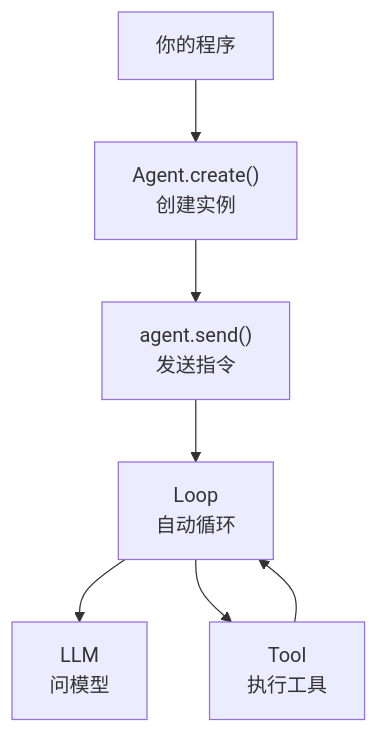
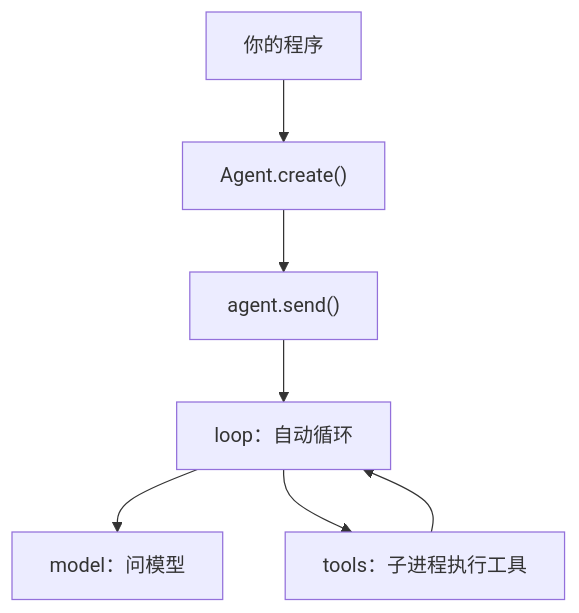
Before and after one commit to kernel4632/agent-core: the diagram in README.md, drawn with Mermaid. The commit also changed other lines of this file and 1 other file, not shown here.

````diff
--- a/README.md
+++ b/README.md
@@ -36,9 +30,9 @@
 ```mermaid
 flowchart TD
-    app["你的程序"] --> create["Agent.create()<br/>创建实例"]
-    create --> send["agent.send()<br/>发送指令"]
-    send --> loop["Loop<br/>自动循环"]
-    loop --> llm["LLM<br/>问模型"]
-    loop --> tool["Tool<br/>执行工具"]
+    app["你的程序"] --> create["Agent.create()"]
+    create --> send["agent.send()"]
+    send --> loop["loop：自动循环"]
+    loop --> llm["model：问模型"]
+    loop --> tool["tools：子进程执行工具"]
     tool --> loop
 ```
````
